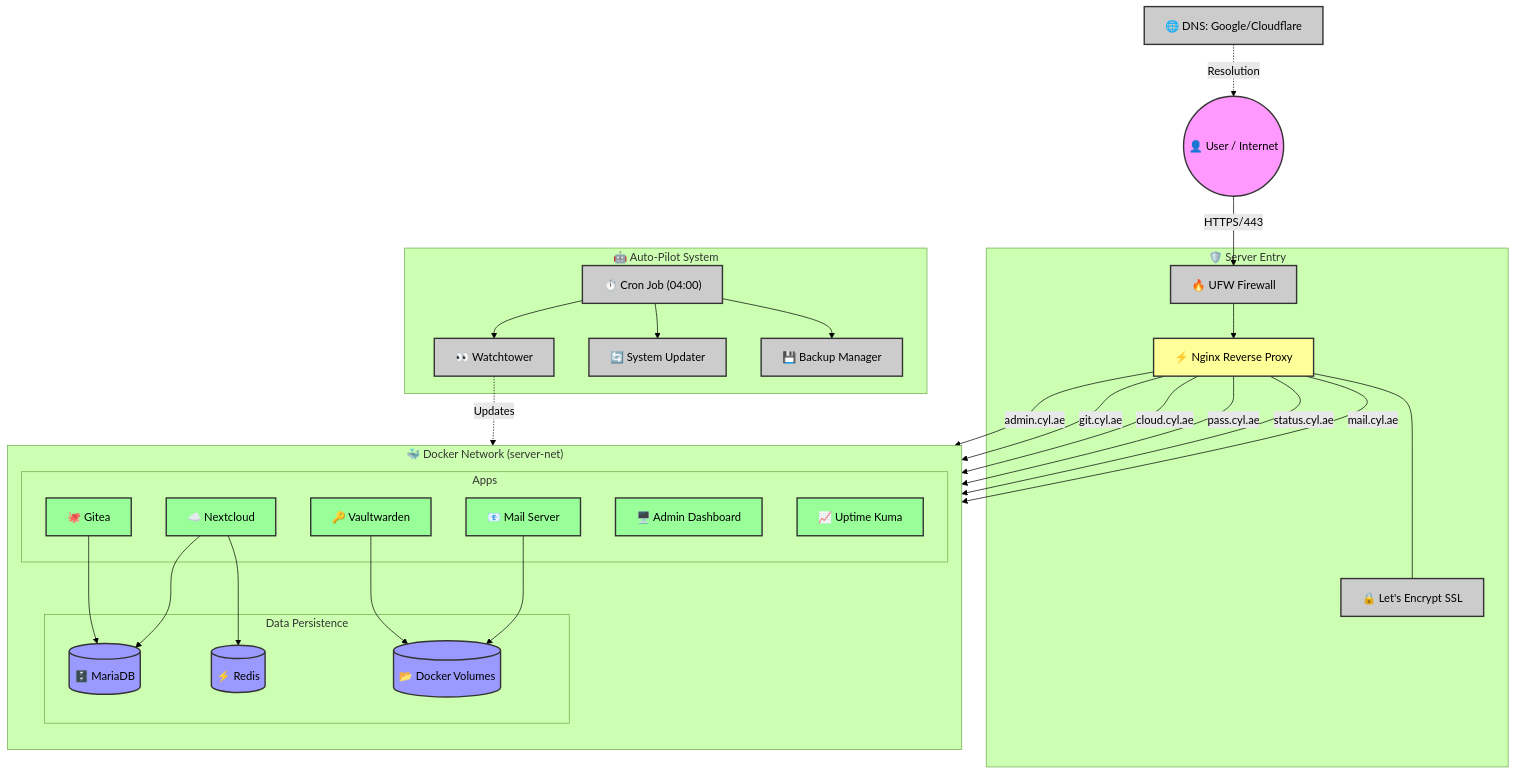
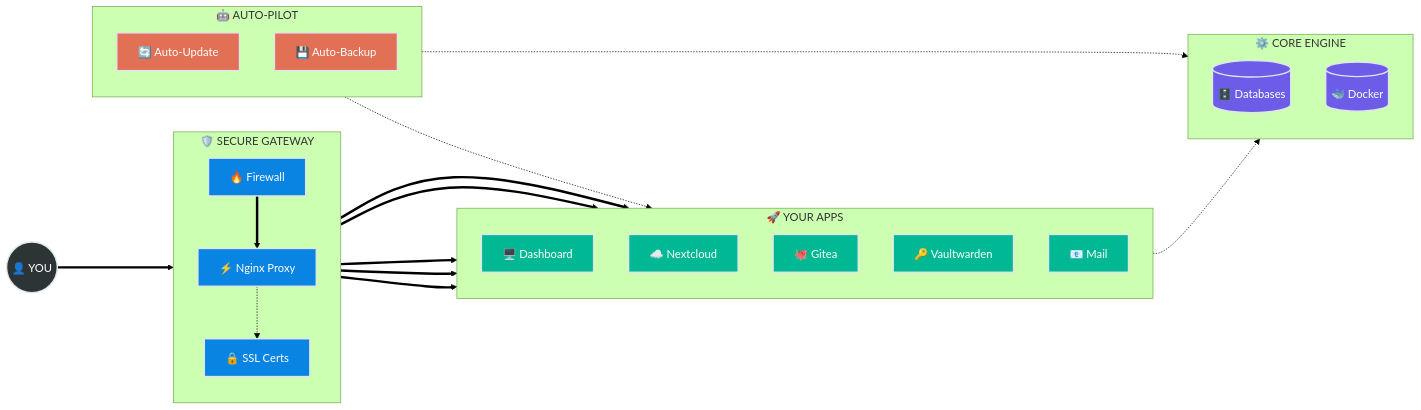
The diagram in README.md (Cylae/server_script), drawn with Mermaid (forest theme) before and after one commit.

Commit message:
docs: update system architecture diagram in README with a simplified layout and new styling.

````diff
--- a/README.md
+++ b/README.md
@@ -20,74 +20,55 @@
 ```mermaid
-graph TD
-    %% Styles
-    classDef user fill:#f9f,stroke:#333,stroke-width:2px,color:black;
-    classDef proxy fill:#ff9,stroke:#333,stroke-width:2px,color:black;
-    classDef app fill:#9f9,stroke:#333,stroke-width:2px,color:black;
-    classDef db fill:#99f,stroke:#333,stroke-width:2px,color:black;
-    classDef sys fill:#ccc,stroke:#333,stroke-width:2px,color:black;
+graph LR
+    %% --- STYLING ---
+    classDef user fill:#2d3436,stroke:#dfe6e9,stroke-width:2px,color:#fff;
+    classDef shield fill:#0984e3,stroke:#dfe6e9,stroke-width:2px,color:#fff;
+    classDef app fill:#00b894,stroke:#dfe6e9,stroke-width:2px,color:#fff;
+    classDef data fill:#6c5ce7,stroke:#dfe6e9,stroke-width:2px,color:#fff;
+    classDef auto fill:#e17055,stroke:#dfe6e9,stroke-width:2px,color:#fff;
 
-    %% External
-    User(("👤 User / Internet")):::user
-    DNS["🌐 DNS: Google/Cloudflare"]:::sys
+    %% --- NODES ---
+    User(("👤 YOU")):::user
     
-    %% Entry Point
-    subgraph Entry ["🛡️ Server Entry"]
-        FW["🔥 UFW Firewall"]:::sys
-        Nginx["⚡ Nginx Reverse Proxy"]:::proxy
-        SSL["🔒 Let's Encrypt SSL"]:::sys
+    subgraph Gateway ["🛡️ SECURE GATEWAY"]
+        direction TB
+        FW["🔥 Firewall"]:::shield
+        Proxy["⚡ Nginx Proxy"]:::shield
+        SSL["🔒 SSL Certs"]:::shield
     end
 
-    %% Connections
-    User -->|HTTPS/443| FW
-    DNS -.->|Resolution| User
-    FW --> Nginx
-    Nginx --- SSL
-
-    %% Docker Swarm / Network
-    subgraph Docker ["🐳 Docker Network (server-net)"]
+    subgraph Ecosystem ["🚀 YOUR APPS"]
         direction TB
-        
-        subgraph Apps ["Apps"]
-            Dash["🖥️ Admin Dashboard"]:::app
-            Gitea["🐙 Gitea"]:::app
-            Cloud["☁️ Nextcloud"]:::app
-            Vault["🔑 Vaultwarden"]:::app
-            Kuma["📈 Uptime Kuma"]:::app
-            Mail["📧 Mail Server"]:::app
-        end
-        
-        subgraph Data ["Data Persistence"]
-            MariaDB[("🗄️ MariaDB")]:::db
-            Redis[("⚡ Redis")]:::db
-            Vols[("📂 Docker Volumes")]:::db
-        end
+        Dash["🖥️ Dashboard"]:::app
+        Cloud["☁️ Nextcloud"]:::app
+        Git["🐙 Gitea"]:::app
+        Pass["🔑 Vaultwarden"]:::app
+        Mail["📧 Mail"]:::app
     end
 
-    %% Routing
-    Nginx -->|admin.cyl.ae| Dash
-    Nginx -->|git.cyl.ae| Gitea
-    Nginx -->|cloud.cyl.ae| Cloud
-    Nginx -->|pass.cyl.ae| Vault
-    Nginx -->|status.cyl.ae| Kuma
-    Nginx -->|mail.cyl.ae| Mail
-
-    %% App to Data
-    Gitea --> MariaDB
-    Cloud --> MariaDB
-    Cloud --> Redis
-    Vault --> Vols
-    Mail --> Vols
-
-    %% Maintenance System
-    subgraph AutoPilot ["🤖 Auto-Pilot System"]
-        Cron["⏱️ Cron Job (04:00)"]:::sys
-        Watch["👀 Watchtower"]:::sys
-        Updater["🔄 System Updater"]:::sys
-        Backup["💾 Backup Manager"]:::sys
+    subgraph Engine ["⚙️ CORE ENGINE"]
+        direction TB
+        DB[("🗄️ Databases")]:::data
+        Docker[("🐳 Docker")]:::data
     end
 
-    Cron --> Watch
-    Cron --> Updater
-    Cron --> Backup
-    Watch -.->|Updates| Apps
+    subgraph Guardian ["🤖 AUTO-PILOT"]
+        direction TB
+        Update["🔄 Auto-Update"]:::auto
+        Backup["💾 Auto-Backup"]:::auto
+    end
+
+    %% --- FLOW ---
+    User ==> FW
+    FW ==> Proxy
+    Proxy -.-> SSL
+    
+    Proxy ==> Dash
+    Proxy ==> Cloud
+    Proxy ==> Git
+    Proxy ==> Pass
+    Proxy ==> Mail
+
+    Ecosystem -.-> Engine
+    Guardian -.-> Engine
+    Guardian -.-> Ecosystem
 ```
````
